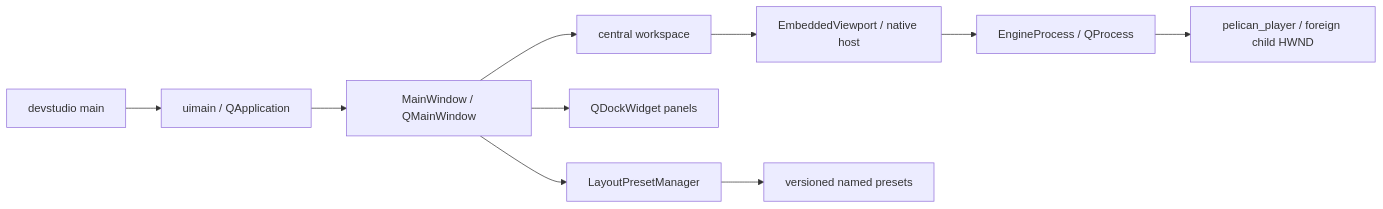
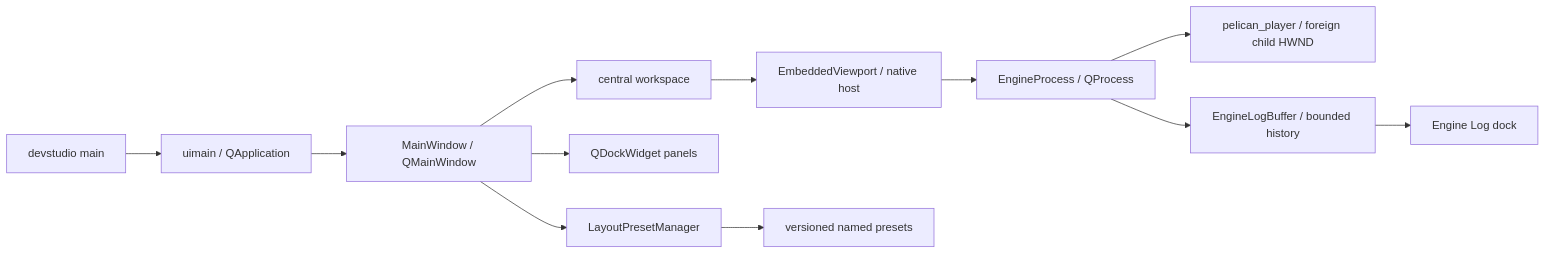
The diagram in docs/source-code-guide/07_tools_rpc_tests.md (pelican-games/peligraph), drawn with Mermaid before and after one commit. The commit also changed other lines of this file and 14 other files, not shown here.

First line of the commit message:
feat(devstudio): add a bounded engine log dock

````diff
--- a/docs/source-code-guide/07_tools_rpc_tests.md
+++ b/docs/source-code-guide/07_tools_rpc_tests.md
@@ -176,12 +176,14 @@
 ```mermaid
 flowchart LR
     Main["devstudio main"] --> UI["uimain / QApplication"]
     UI --> Window["MainWindow / QMainWindow"]
     Window --> Workspace["central workspace"]
     Workspace --> Viewport["EmbeddedViewport / native host"]
     Viewport --> Process["EngineProcess / QProcess"]
     Process --> Player["pelican_player / foreign child HWND"]
+    Process --> LogBuffer["EngineLogBuffer / bounded history"]
+    LogBuffer --> LogDock["Engine Log dock"]
     Window --> Docks["QDockWidget panels"]
     Window --> Layout["LayoutPresetManager"]
     Layout --> Files["versioned named presets"]
 ```
````
